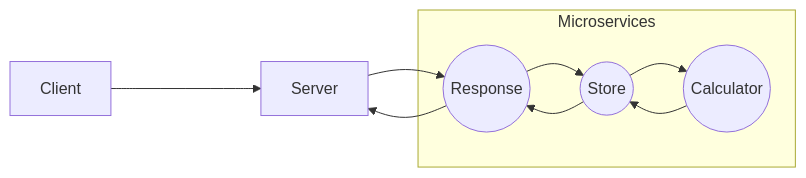
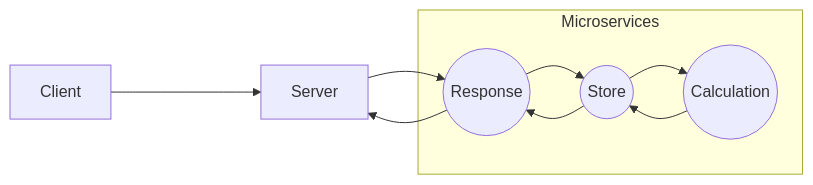
Before and after one commit to Pentodo/microservices-calculator: the diagram in README.md, drawn with Mermaid. The commit also changed other lines of this file, not shown here.

````diff
--- a/README.md
+++ b/README.md
@@ -55,12 +57,12 @@
 ```mermaid
 flowchart LR;
 	A[Client]---->B[Server];
 	B-->C((Response));
 	C-->D((Store));
 	C-->B;
 	subgraph Microservices
-	D-->E((Calculator));
+	D-->E((Calculation));
 	D-->C;
 	E-->D;
 	end
 ```
````
